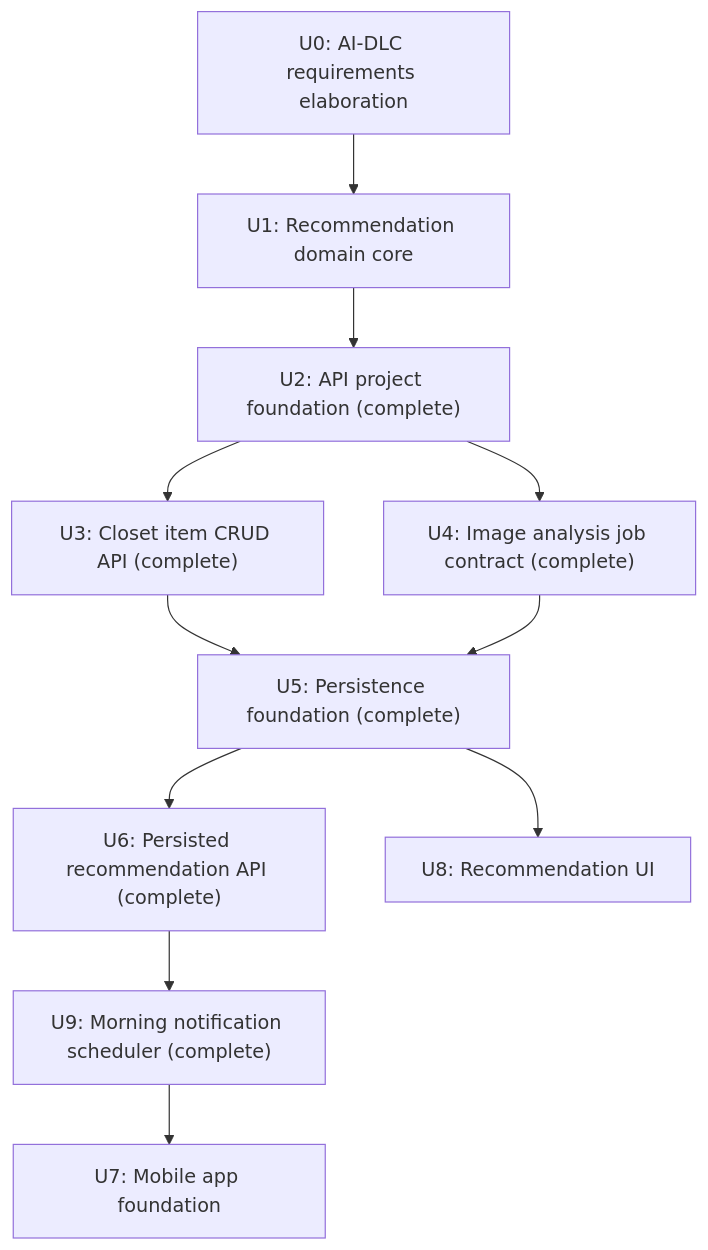
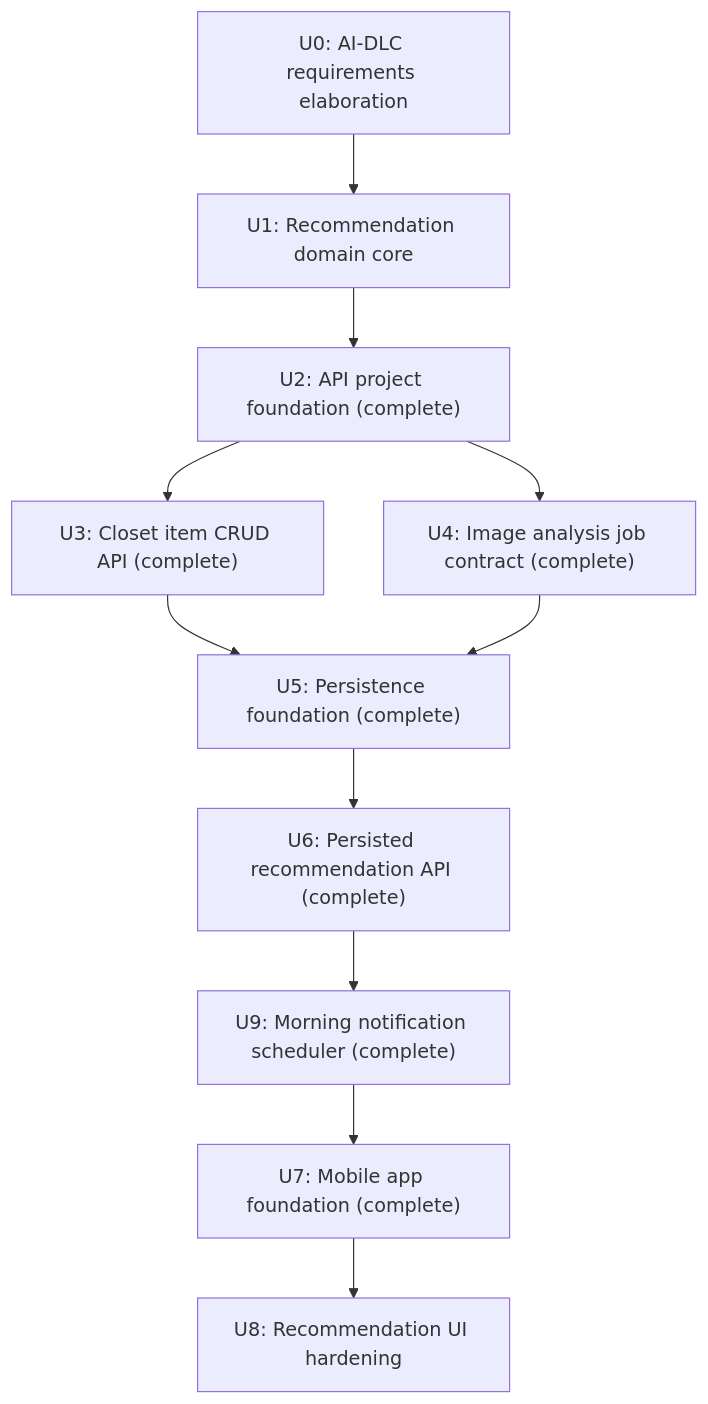
The diagram in requirements/ai_dlc/00_intent.md (idealization/Fitlog), drawn with Mermaid before and after one commit. The commit also changed other lines of this file and 21 other files, not shown here.

Commit message:
Add mobile app foundation

````diff
--- a/requirements/ai_dlc/00_intent.md
+++ b/requirements/ai_dlc/00_intent.md
@@ -30,13 +30,13 @@
 ```mermaid
 flowchart TD
     U0["U0: AI-DLC requirements elaboration"] --> U1["U1: Recommendation domain core"]
     U1 --> U2["U2: API project foundation (complete)"]
     U2 --> U3["U3: Closet item CRUD API (complete)"]
     U2 --> U4["U4: Image analysis job contract (complete)"]
     U3 --> U5["U5: Persistence foundation (complete)"]
     U4 --> U5
     U5 --> U6["U6: Persisted recommendation API (complete)"]
     U6 --> U9["U9: Morning notification scheduler (complete)"]
-    U9 --> U7["U7: Mobile app foundation"]
-    U5 --> U8["U8: Recommendation UI"]
+    U9 --> U7["U7: Mobile app foundation (complete)"]
+    U7 --> U8["U8: Recommendation UI hardening"]
 ```
````
